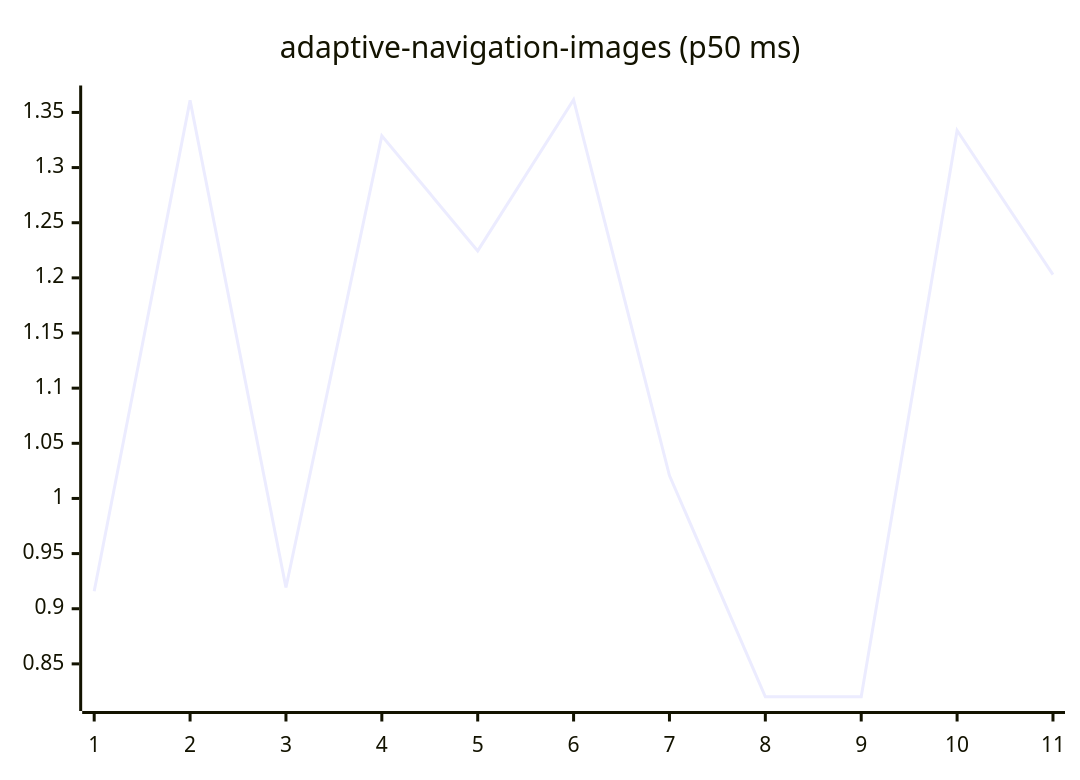
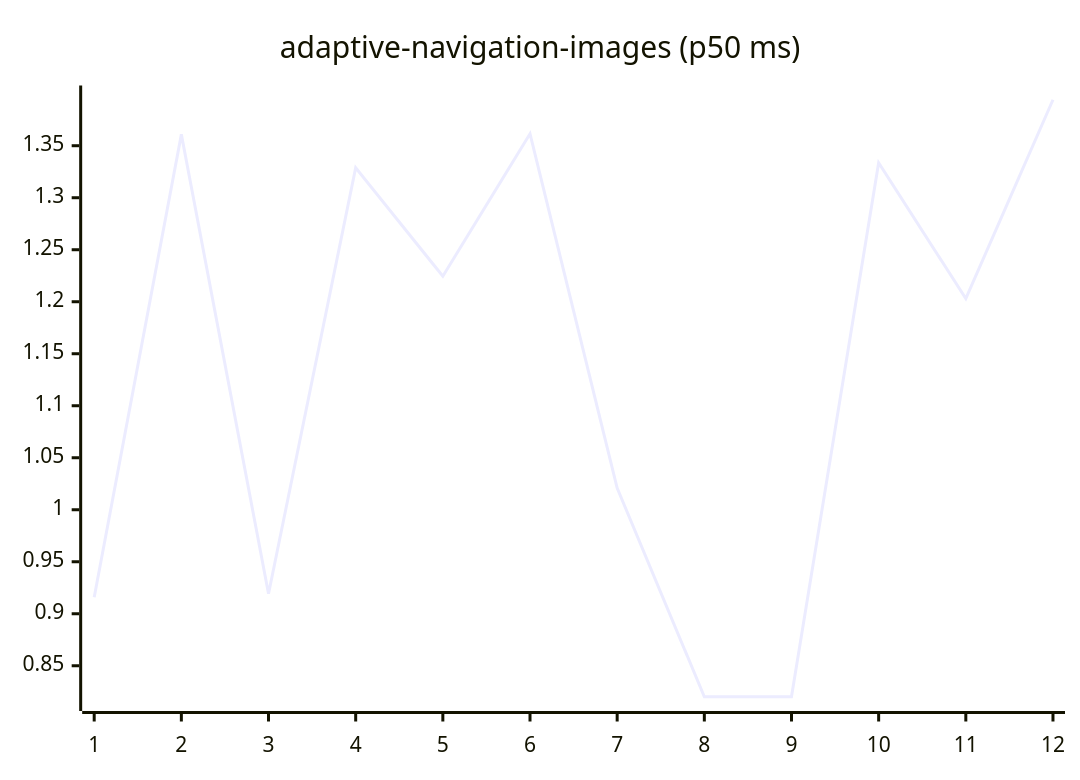
Before and after one commit to josha/Facet: the first of 27 diagrams in README.md, drawn with Mermaid. The commit also changed other lines of this file and 2 other files, not shown here.

````diff
--- a/README.md
+++ b/README.md
@@ -63,6 +63,6 @@
 ```mermaid
 xychart-beta
     title "adaptive-navigation-images (p50 ms)"
-    x-axis 1 --> 11
-    line [0.9159, 1.3609, 0.9193, 1.3288, 1.2245, 1.3615, 1.0208, 0.8202, 0.8203, 1.3336, 1.2030]
+    x-axis 1 --> 12
+    line [0.9159, 1.3609, 0.9193, 1.3288, 1.2245, 1.3615, 1.0208, 0.8202, 0.8203, 1.3336, 1.2030, 1.3942]
 ```
````
